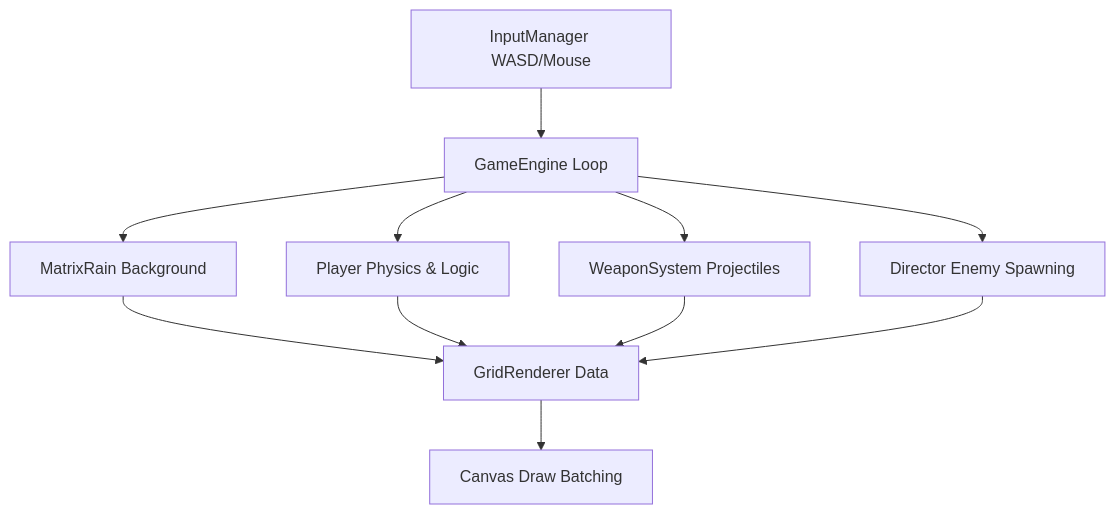
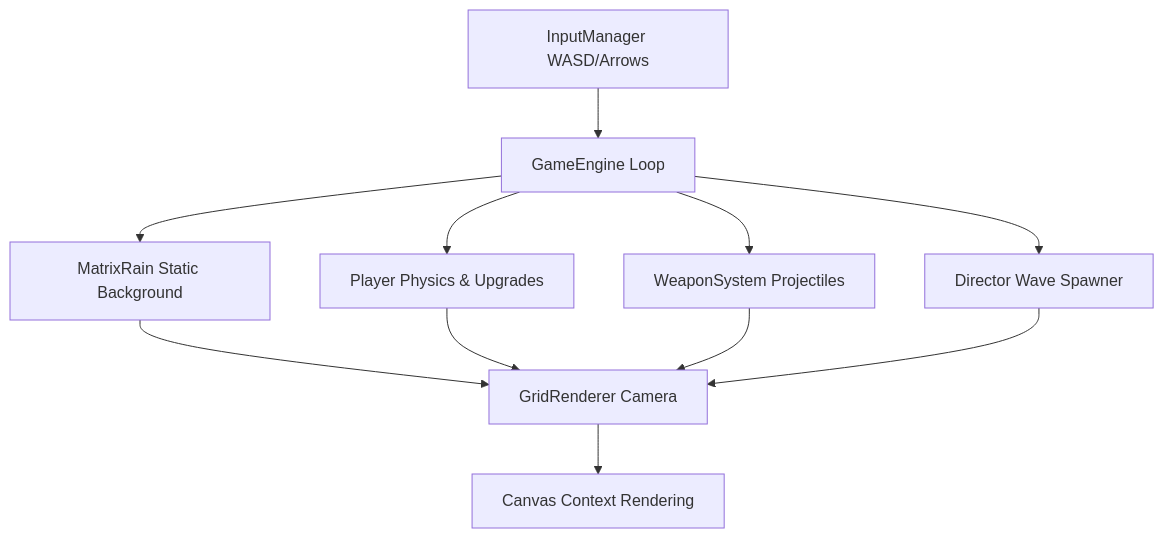
The diagram in README.md (Abubakkar-Khan/void_ptr), drawn with Mermaid before and after one commit. The commit also changed other lines of this file and 8 other files, not shown here.

````diff
--- a/README.md
+++ b/README.md
@@ -18,15 +84,15 @@
 ```mermaid
 graph TD
-    A[InputManager WASD/Mouse] --> B[GameEngine Loop]
-    B --> C[MatrixRain Background]
-    B --> D[Player Physics & Logic]
+    A[InputManager WASD/Arrows] --> B[GameEngine Loop]
+    B --> C[MatrixRain Static Background]
+    B --> D[Player Physics & Upgrades]
     B --> E[WeaponSystem Projectiles]
-    B --> F[Director Enemy Spawning]
+    B --> F[Director Wave Spawner]
     
-    C --> G[GridRenderer Data]
+    C --> G[GridRenderer Camera]
     D --> G
     E --> G
     F --> G
     
-    G --> H[Canvas Draw Batching]
+    G --> H[Canvas Context Rendering]
 ```
````
